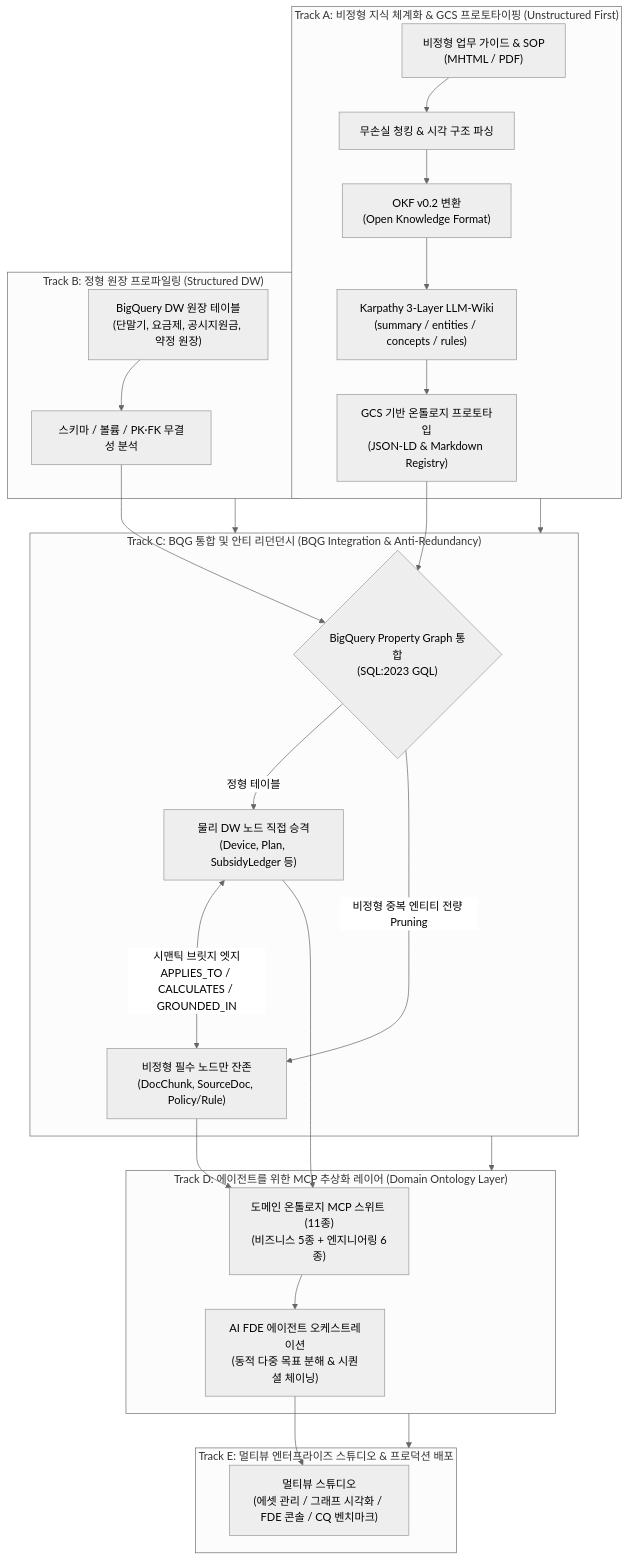
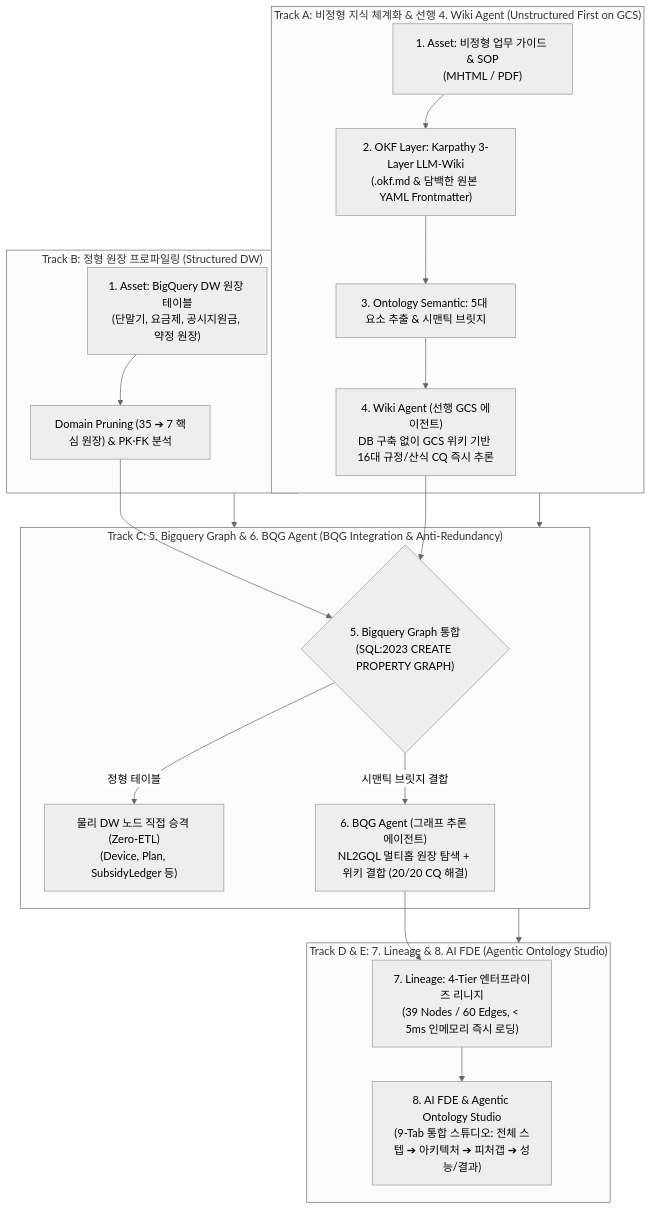
The diagram in methodology/README.md (seanjungG/agentic-ontology-starter), drawn with Mermaid (neutral theme) before and after one commit. The commit also changed other lines of this file and 12 other files, not shown here.

Commit message:
feat(studio): rename to Agentic Ontology Studio, separate 4. Wiki Agent & 6. BQG Agent, unify 4-section overview, sync methodology/notebooks/industry templates

````diff
--- a/methodology/README.md
+++ b/methodology/README.md
@@ -14,34 +14,27 @@
 ```mermaid
 flowchart TD
-    subgraph TrackA ["Track A: 비정형 지식 체계화 & GCS 프로토타이핑 (Unstructured First)"]
-        RawDoc["비정형 업무 가이드 & SOP<br/>(MHTML / PDF)"] --> Parser["무손실 청킹 & 시각 구조 파싱"]
-        Parser --> OKF["OKF v0.2 변환<br/>(Open Knowledge Format)"]
-        OKF --> LLMWiki["Karpathy 3-Layer LLM-Wiki<br/>(summary / entities / concepts / rules)"]
-        LLMWiki --> GCSProto["GCS 기반 온톨로지 프로토타입<br/>(JSON-LD & Markdown Registry)"]
+    subgraph TrackA ["Track A: 비정형 지식 체계화 & 선행 4. Wiki Agent (Unstructured First on GCS)"]
+        RawDoc["1. Asset: 비정형 업무 가이드 & SOP<br/>(MHTML / PDF)"] --> OKF["2. OKF Layer: Karpathy 3-Layer LLM-Wiki<br/>(.okf.md & 담백한 원본 YAML Frontmatter)"]
+        OKF --> Semantic["3. Ontology Semantic: 5대 요소 추출 & 시맨틱 브릿지"]
+        Semantic --> WikiAgent["4. Wiki Agent (선행 GCS 에이전트)<br/>DB 구축 없이 GCS 위키 기반 16대 규정/산식 CQ 즉시 추론"]
     end
 
     subgraph TrackB ["Track B: 정형 원장 프로파일링 (Structured DW)"]
-        DWTable["BigQuery DW 원장 테이블<br/>(단말기, 요금제, 공시지원금, 약정 원장)"] --> SchemaProfile["스키마 / 볼륨 / PK·FK 무결성 분석"]
+        DWTable["1. Asset: BigQuery DW 원장 테이블<br/>(단말기, 요금제, 공시지원금, 약정 원장)"] --> SchemaProfile["Domain Pruning (35 ➔ 7 핵심 원장) & PK·FK 분석"]
     end
 
-    subgraph TrackC ["Track C: BQG 통합 및 안티 리던던시 (BQG Integration & Anti-Redundancy)"]
-        GCSProto & SchemaProfile --> BQGIntegration{"BigQuery Property Graph 통합<br/>(SQL:2023 GQL)"}
-        BQGIntegration -->|정형 테이블| DWNode["물리 DW 노드 직접 승격<br/>(Device, Plan, SubsidyLedger 등)"]
-        BQGIntegration -->|비정형 중복 엔티티 전량 Pruning| PrunedDoc["비정형 필수 노드만 잔존<br/>(DocChunk, SourceDoc, Policy/Rule)"]
-        DWNode <--->|시맨틱 브릿지 엣지<br/>APPLIES_TO / CALCULATES / GROUNDED_IN| PrunedDoc
+    subgraph TrackC ["Track C: 5. Bigquery Graph & 6. BQG Agent (BQG Integration & Anti-Redundancy)"]
+        WikiAgent & SchemaProfile --> BQGIntegration{"5. Bigquery Graph 통합<br/>(SQL:2023 CREATE PROPERTY GRAPH)"}
+        BQGIntegration -->|정형 테이블| DWNode["물리 DW 노드 직접 승격 (Zero-ETL)<br/>(Device, Plan, SubsidyLedger 등)"]
+        BQGIntegration -->|시맨틱 브릿지 결합| BQGAgent["6. BQG Agent (그래프 추론 에이전트)<br/>NL2GQL 멀티홉 원장 탐색 + 위키 결합 (20/20 CQ 해결)"]
     end
 
-    subgraph TrackD ["Track D: 에이전트를 위한 MCP 추상화 레이어 (Domain Ontology Layer)"]
-        DWNode & PrunedDoc --> MCPSuite["도메인 온톨로지 MCP 스위트 (11종)<br/>(비즈니스 5종 + 엔지니어링 6종)"]
-        MCPSuite --> Agent["AI FDE 에이전트 오케스트레이션<br/>(동적 다중 목표 분해 & 시퀀셜 체이닝)"]
-    end
-
-    subgraph TrackE ["Track E: 멀티뷰 엔터프라이즈 스튜디오 & 프로덕션 배포"]
-        Agent --> Studio["멀티뷰 스튜디오<br/>(에셋 관리 / 그래프 시각화 / FDE 콘솔 / CQ 벤치마크)"]
+    subgraph TrackD ["Track D & E: 7. Lineage & 8. AI FDE (Agentic Ontology Studio)"]
+        BQGAgent --> Lineage["7. Lineage: 4-Tier 엔터프라이즈 리니지<br/>(39 Nodes / 60 Edges, < 5ms 인메모리 즉시 로딩)"]
+        Lineage --> Studio["8. AI FDE & Agentic Ontology Studio<br/>(9-Tab 통합 스튜디오: 전체 스텝 ➔ 아키텍처 ➔ 피처갭 ➔ 성능/결과)"]
     end
 
     TrackA --> TrackC
     TrackB --> TrackC
     TrackC --> TrackD
-    TrackD --> TrackE
 ```
````
